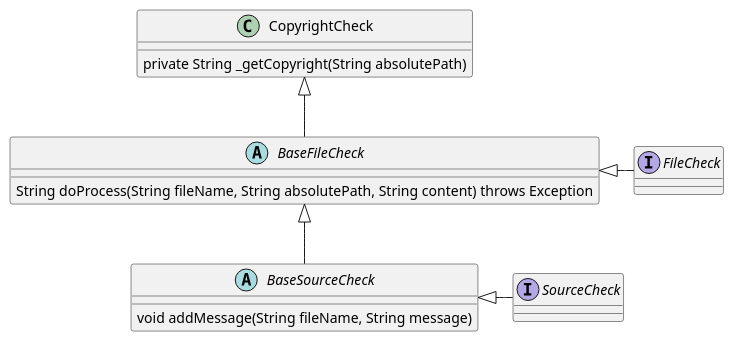
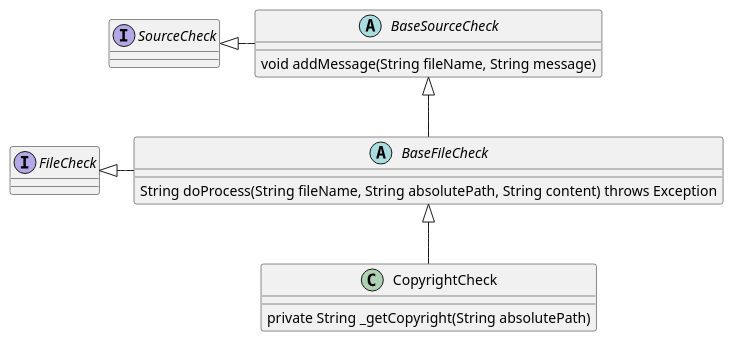
Before and after one commit to carmenbianca/report-liferay: the diagram in plantuml.md, drawn with PlantUML. The commit also changed 2 other files, not shown here.

Commit message:
PlantUML

````diff
--- a/plantuml.md
+++ b/plantuml.md
@@ -1,22 +1,22 @@
 ```plantuml
 @startuml
 
 class CopyrightCheck
 abstract class BaseFileCheck
 interface FileCheck
 abstract class BaseSourceCheck
 interface SourceCheck
 
-CopyrightCheck <|-- BaseFileCheck
-BaseFileCheck <|-- BaseSourceCheck
-BaseFileCheck <|- FileCheck
-BaseSourceCheck <|- SourceCheck
+BaseFileCheck <|-- CopyrightCheck
+BaseSourceCheck <|-- BaseFileCheck
+FileCheck <|- BaseFileCheck
+SourceCheck <|- BaseSourceCheck
 
 CopyrightCheck : private String _getCopyright(String absolutePath)
 
 BaseFileCheck : String doProcess(String fileName, String absolutePath, String content) throws Exception
 
 BaseSourceCheck : void addMessage(String fileName, String message)
 
 @enduml
 ```
````
